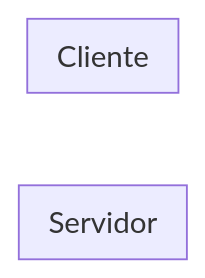
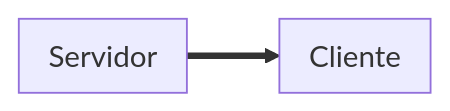
Before and after one commit to joeljoanmorera/P4-morera-cots: the fourth of 4 diagrams in README.md, drawn with Mermaid. The commit also changed other lines of this file and 2 other files, not shown here.

````diff
--- a/README.md
+++ b/README.md
@@ -1426,10 +1422,13 @@
 ```mermaid
     flowchart LR
 
     subgraph S [Servidor]
+        
     end
+
+    S ==> C;
 
     subgraph C [Cliente]
     end
 
 ```
````
